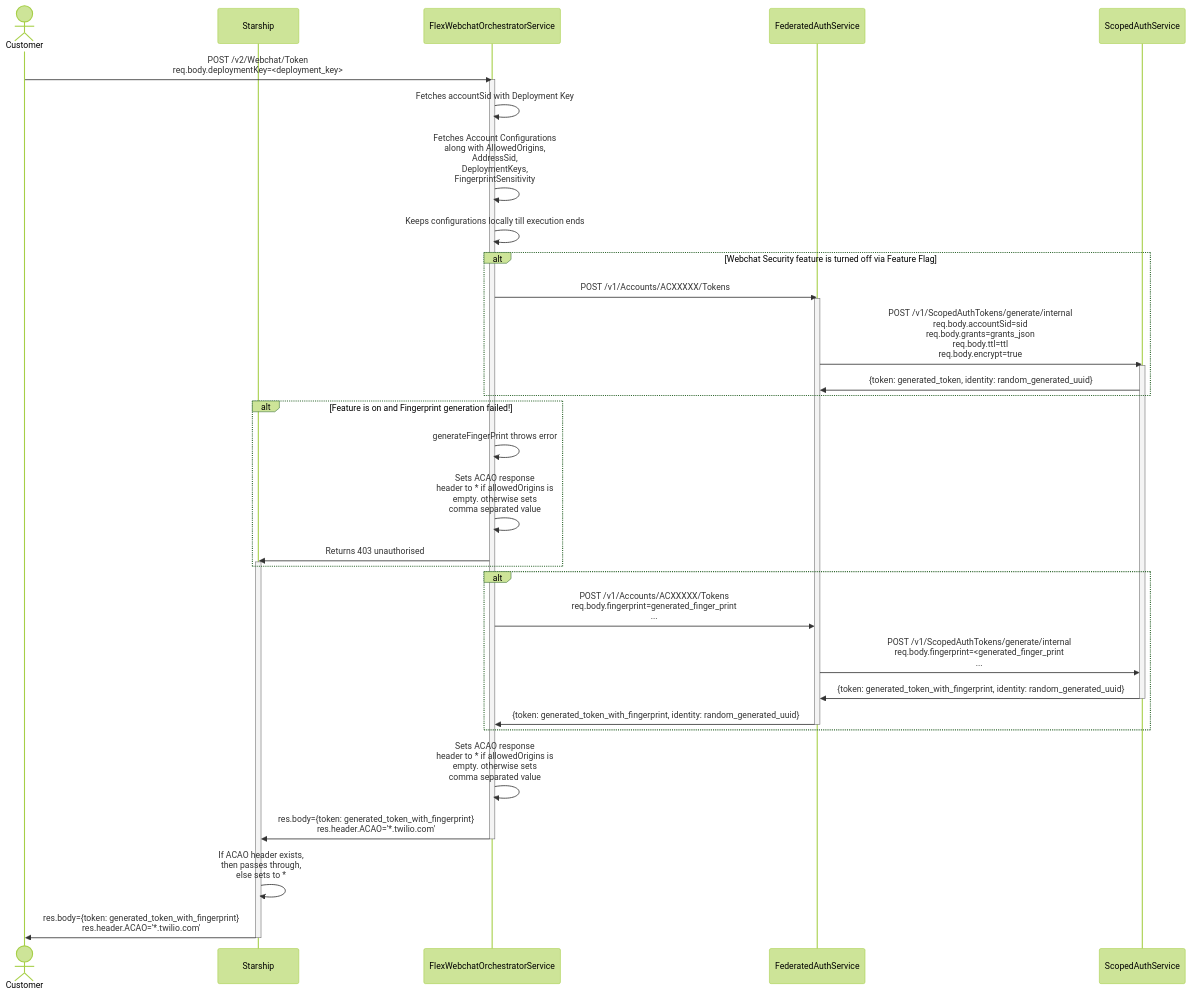
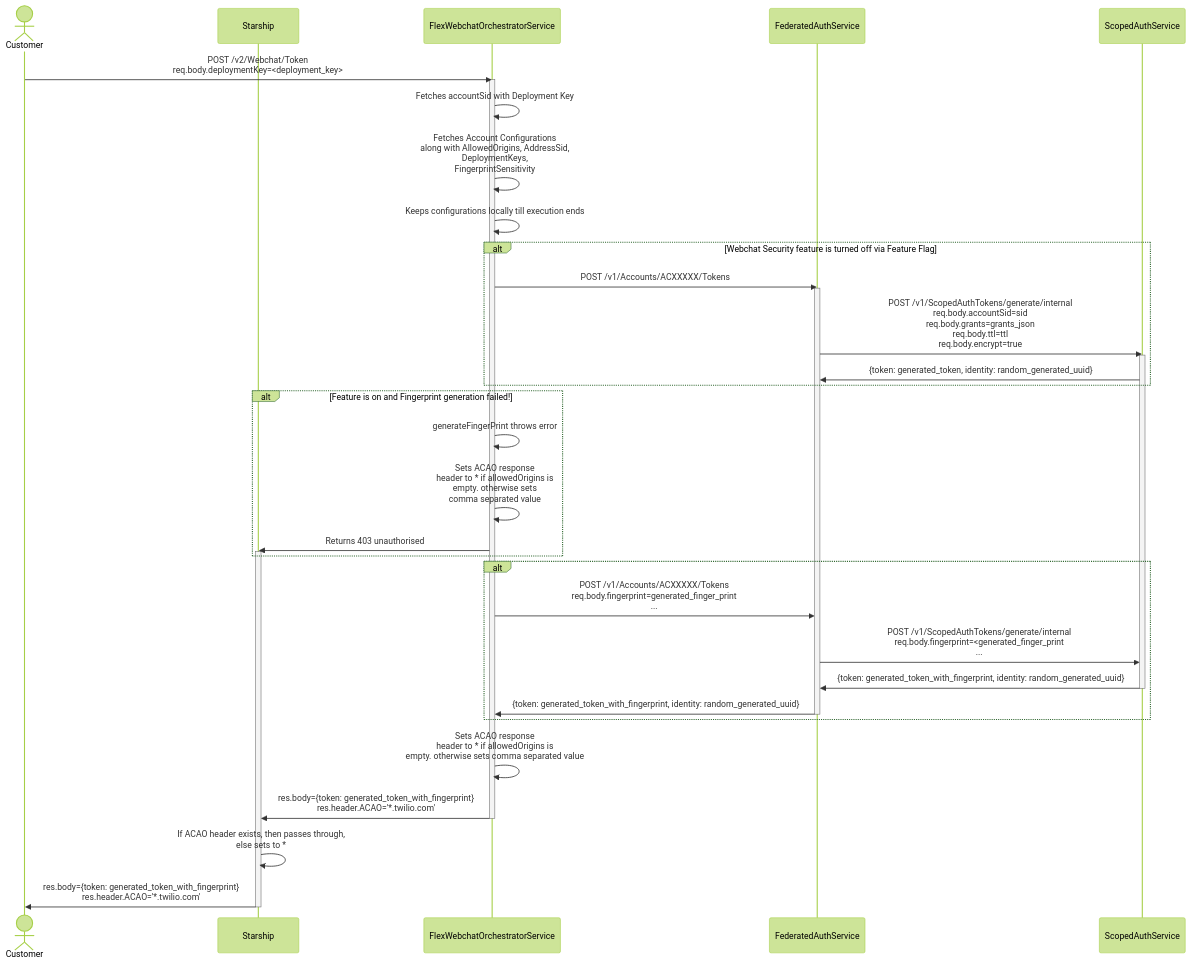
The diagram in seq_webchat_create_token.md (twilio/twilio-webchat-react-app), drawn with Mermaid (forest theme) before and after one commit.

````diff
--- a/seq_webchat_create_token.md
+++ b/seq_webchat_create_token.md
@@ -1,48 +1,48 @@
 ```mermaid
 %% Webchat Create Token
 sequenceDiagram
 
 actor C as Customer
 participant S as Starship
 participant FWO as FlexWebchatOrchestratorService
 participant FAS as FederatedAuthService
 participant SAS as ScopedAuthService
 
 C ->> FWO : POST /v2/Webchat/Token <br/>req.body.deploymentKey=<deployment_key>
 activate FWO
 FWO ->> FWO : Fetches accountSid with Deployment Key
-FWO ->> FWO : Fetches Account Configurations <br/>along with AllowedOrigins, <br/>AddressSid, <br/>DeploymentKeys, <br/>FingerprintSensitivity
+FWO ->> FWO : Fetches Account Configurations <br/>along with AllowedOrigins, AddressSid, <br/>DeploymentKeys, <br/>FingerprintSensitivity
 FWO ->> FWO : Keeps configurations locally till execution ends
 
 alt Webchat Security feature is turned off via Feature Flag
 	FWO ->> FAS : POST /v1/Accounts/ACXXXXX/Tokens
 	activate FAS
 	FAS ->> SAS : POST /v1/ScopedAuthTokens/generate/internal <br/>req.body.accountSid=sid <br/>req.body.grants=grants_json <br/>req.body.ttl=ttl<br/>req.body.encrypt=true
 	activate SAS
 	SAS ->> FAS : {token: generated_token, identity: random_generated_uuid}
 end
 
 alt Feature is on and Fingerprint generation failed!
 	FWO ->> FWO: generateFingerPrint throws error
 	FWO ->> FWO : Sets ACAO response <br/>header to * if allowedOrigins is <br/>empty. otherwise sets <br/>comma separated value
 	FWO ->> S : Returns 403 unauthorised
 	activate S
 end
 
 alt #LightBlue Feature is turned on & Fingerprint is generated
 	FWO ->> FAS : POST /v1/Accounts/ACXXXXX/Tokens <br/>req.body.fingerprint=generated_finger_print <br/>... 
 	FAS ->> SAS : POST /v1/ScopedAuthTokens/generate/internal <br/>req.body.fingerprint=<generated_finger_print <br/>...
 	SAS ->> FAS : {token: generated_token_with_fingerprint, identity: random_generated_uuid}
 	deactivate SAS
 	FAS ->> FWO : {token: generated_token_with_fingerprint, identity: random_generated_uuid}
 	deactivate FAS
 end
 
-FWO ->> FWO : Sets ACAO response <br/>header to * if allowedOrigins is <br/>empty. otherwise sets <br/>comma separated value
+FWO ->> FWO : Sets ACAO response <br/>header to * if allowedOrigins is <br/>empty. otherwise sets comma separated value
 FWO ->> S : res.body={token: generated_token_with_fingerprint}<br/>res.header.ACAO='*.twilio.com'
 deactivate FWO
-S ->> S : If ACAO header exists, <br/>then passes through, <br/>else sets to *
+S ->> S : If ACAO header exists, then passes through, <br/>else sets to *
 S ->> C : res.body={token: generated_token_with_fingerprint}<br/>res.header.ACAO='*.twilio.com'
 deactivate S
 
 ```
````
